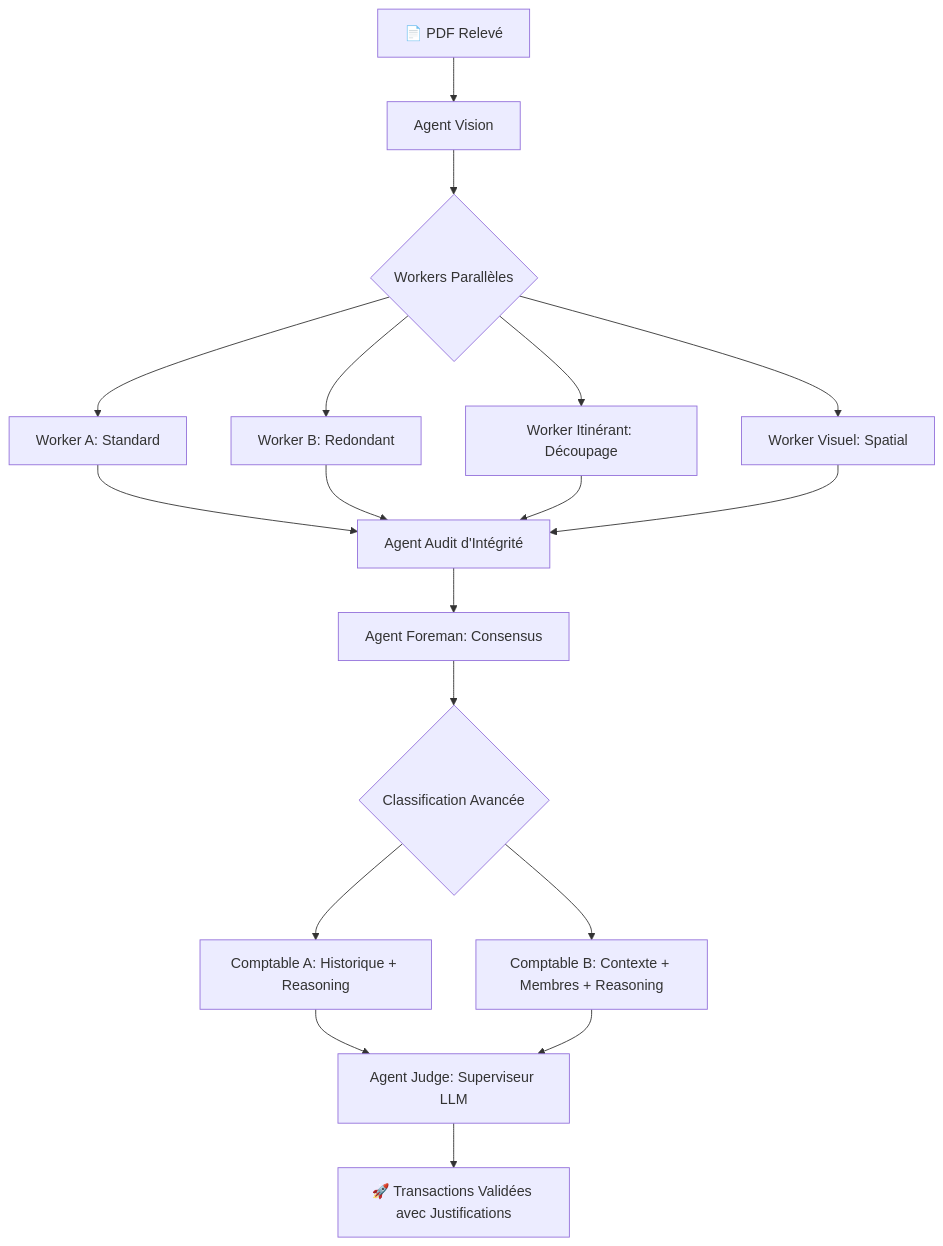
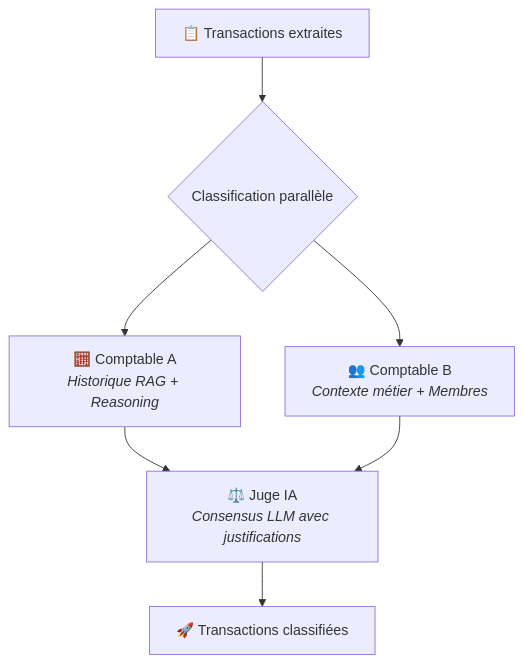
The second of 2 diagrams in README.md (jknebel/Association_compta), drawn with Mermaid before and after one commit. The commit also changed other lines of this file and 2 other files, not shown here.

Commit message:
feat: integrate robust bank statement parsing pipeline into backend, update architecture docs, and refine gitignore

````diff
--- a/README.md
+++ b/README.md
@@ -34,19 +67,8 @@
 ```mermaid
 graph TD
-    A[📄 PDF Relevé] --> B[Agent Vision]
-    B --> C{Workers Parallèles}
-    C --> D[Worker A: Standard]
-    C --> E[Worker B: Redondant]
-    C --> F[Worker Itinérant: Découpage]
-    C --> G[Worker Visuel: Spatial]
-    
-    D & E & F & G --> H[Agent Audit d'Intégrité]
-    H --> I[Agent Foreman: Consensus]
-    
-    I --> J{Classification Avancée}
-    J --> K[Comptable A: Historique + Reasoning]
-    J --> L[Comptable B: Contexte + Membres + Reasoning]
-    
-    K & L --> M[Agent Judge: Superviseur LLM]
-    M --> N[🚀 Transactions Validées avec Justifications]
+    E["📋 Transactions extraites"] --> F{"Classification parallèle"}
+    F --> G["🧮 Comptable A<br/><i>Historique RAG + Reasoning</i>"]
+    F --> H["👥 Comptable B<br/><i>Contexte métier + Membres</i>"]
+    G & H --> I["⚖️ Juge IA<br/><i>Consensus LLM avec justifications</i>"]
+    I --> J["🚀 Transactions classifiées"]
 ```
````
